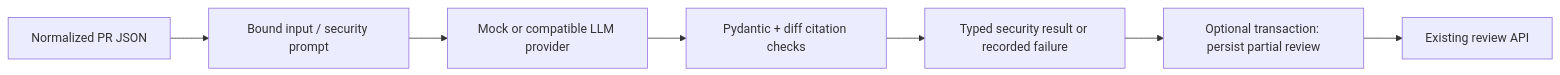
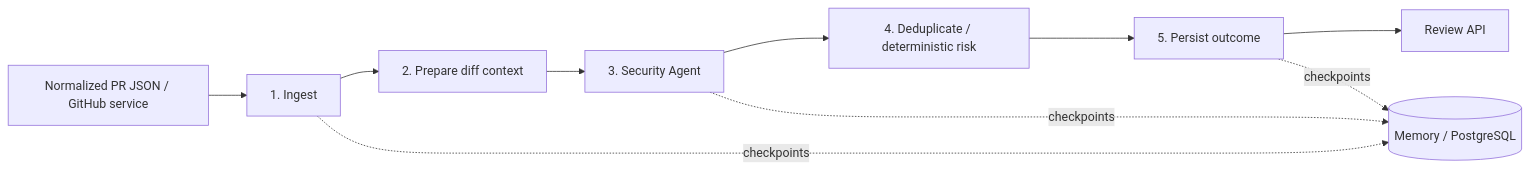
The third of 5 diagrams in README.md (vish-dumps/AI-pull-request-Agent), drawn with Mermaid before and after one commit. The commit also changed other lines of this file and 19 other files, not shown here.

````diff
--- a/README.md
+++ b/README.md
@@ -61,9 +62,12 @@
 ```mermaid
 flowchart LR
-    Context[Normalized PR JSON] --> Bound[Bound input / security prompt]
-    Bound --> Provider[Mock or compatible LLM provider]
-    Provider --> Validate[Pydantic + diff citation checks]
-    Validate --> Result[Typed security result or recorded failure]
-    Result --> Persist[Optional transaction: persist partial review]
-    Persist --> Read[Existing review API]
+    Source[Normalized PR JSON / GitHub service] --> Ingest[1. Ingest]
+    Ingest --> Context[2. Prepare diff context]
+    Context --> Security[3. Security Agent]
+    Security --> Aggregate[4. Deduplicate / deterministic risk]
+    Aggregate --> Persist[5. Persist outcome]
+    Persist --> Read[Review API]
+    Ingest -. checkpoints .-> Checkpoints[(Memory / PostgreSQL)]
+    Security -. checkpoints .-> Checkpoints
+    Persist -. checkpoints .-> Checkpoints
 ```
````
